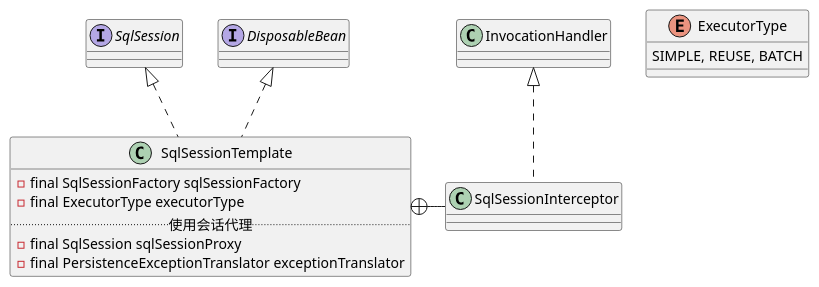
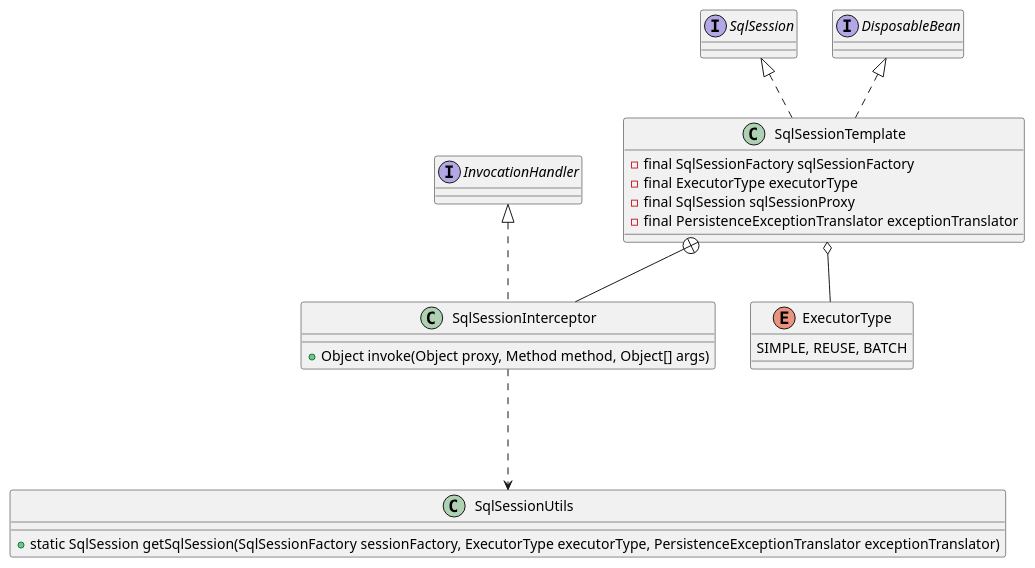
The diagram in 20-framework/src/mybatis/mybatis-spring/SqlSessionTemplate.md (onlyonion/development), drawn with PlantUML before and after one commit. The commit also changed other lines of this file and 72 other files, not shown here.

````diff
--- a/20-framework/src/mybatis/mybatis-spring/SqlSessionTemplate.md
+++ b/20-framework/src/mybatis/mybatis-spring/SqlSessionTemplate.md
@@ -4,31 +14,38 @@
 ```plantuml
 @startuml
 
 interface SqlSession
 interface DisposableBean
 
+'''''''''''''''''''' SqlSessionTemplate ''''''''''''''''''''''
 class SqlSessionTemplate {
     - final SqlSessionFactory sqlSessionFactory
     - final ExecutorType executorType
-    .. 使用会话代理 ..
     - final SqlSession sqlSessionProxy
     - final PersistenceExceptionTranslator exceptionTranslator
 }
 
 SqlSession <|.. SqlSessionTemplate
 DisposableBean <|.. SqlSessionTemplate
 
+'''''''''''''''''''' SqlSessionInterceptor ''''''''''''''''''''''
+interface InvocationHandler
+class SqlSessionInterceptor {
+    + Object invoke(Object proxy, Method method, Object[] args)
+}
+InvocationHandler <|.. SqlSessionInterceptor
+SqlSessionTemplate +-- SqlSessionInterceptor
 
-class SqlSessionInterceptor {
+class SqlSessionUtils {
+    + static SqlSession getSqlSession(SqlSessionFactory sessionFactory, ExecutorType executorType, PersistenceExceptionTranslator exceptionTranslator)
+}
+SqlSessionInterceptor -.-> SqlSessionUtils
 
-}
-
-InvocationHandler <|.. SqlSessionInterceptor
-SqlSessionTemplate +- SqlSessionInterceptor
-
+'''''''''''''''''''' 执行器类型 ''''''''''''''''''''''
 enum ExecutorType {
   SIMPLE, REUSE, BATCH
 }
+SqlSessionTemplate o-- ExecutorType
 
 @enduml
 ```
````
